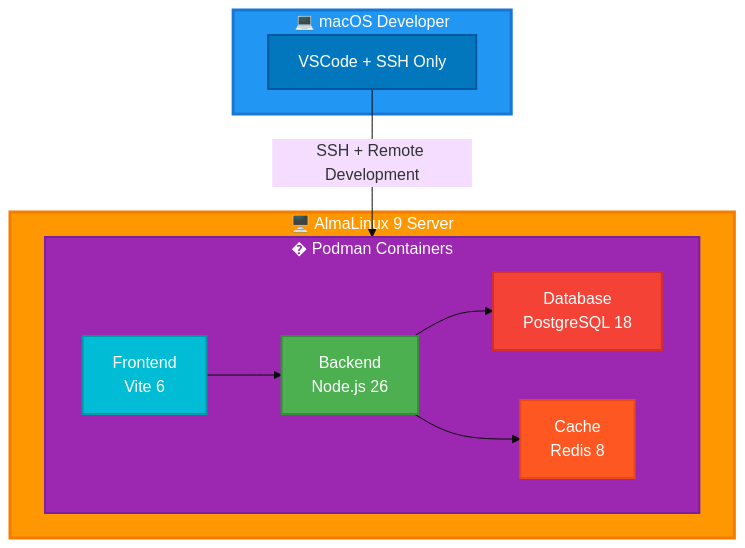
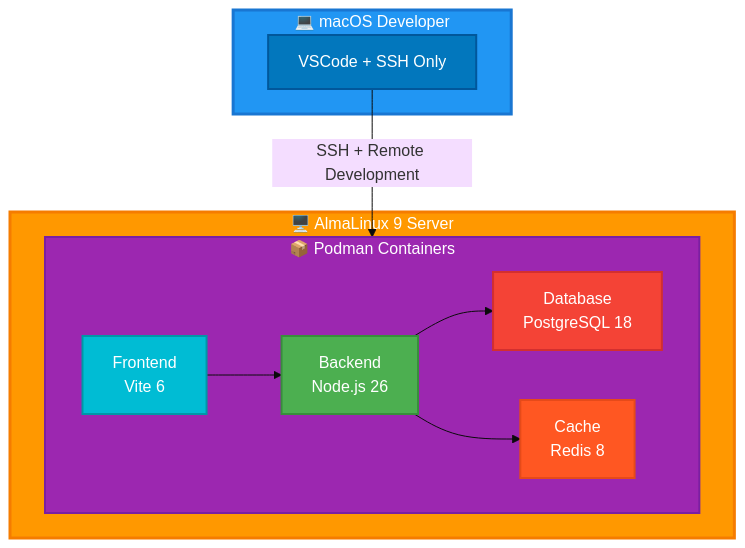
One commit to Alex-0293/TopWebStack changed the diagram in docs/chapter-01-setup.md. Above: the diagram before and after it, drawn with Mermaid (base theme). The commit also changed 4 other files, not shown here.

````diff
--- a/docs/chapter-01-setup.md
+++ b/docs/chapter-01-setup.md
@@ -416,29 +416,29 @@
 ```mermaid
 graph TB
     subgraph local["💻 macOS Developer"]
         vscode["VSCode + SSH Only"]
     end
     
     subgraph server["🖥️ AlmaLinux 9 Server"]
-        subgraph podman["� Podman Containers"]
+        subgraph podman["📦 Podman Containers"]
             backend["Backend<br/>Node.js 26"]
             frontend["Frontend<br/>Vite 6"]
             database["Database<br/>PostgreSQL 18"]
             redis["Cache<br/>Redis 8"]
         end
     end
     
     vscode -->|SSH + Remote Development| podman
     backend --> database
     backend --> redis
     frontend --> backend
     
     style local fill:#2196F3,stroke:#1976D2,stroke-width:3px,color:#fff
     style server fill:#FF9800,stroke:#F57C00,stroke-width:3px,color:#fff
     style podman fill:#9C27B0,stroke:#7B1FA2,stroke-width:2px,color:#fff
     style vscode fill:#0277BD,stroke:#01579B,stroke-width:2px,color:#fff
     style backend fill:#4CAF50,stroke:#388E3C,stroke-width:2px,color:#fff
     style frontend fill:#00BCD4,stroke:#0097A7,stroke-width:2px,color:#fff
     style database fill:#F44336,stroke:#D32F2F,stroke-width:2px,color:#fff
     style redis fill:#FF5722,stroke:#E64A19,stroke-width:2px,color:#fff
 ```
````
